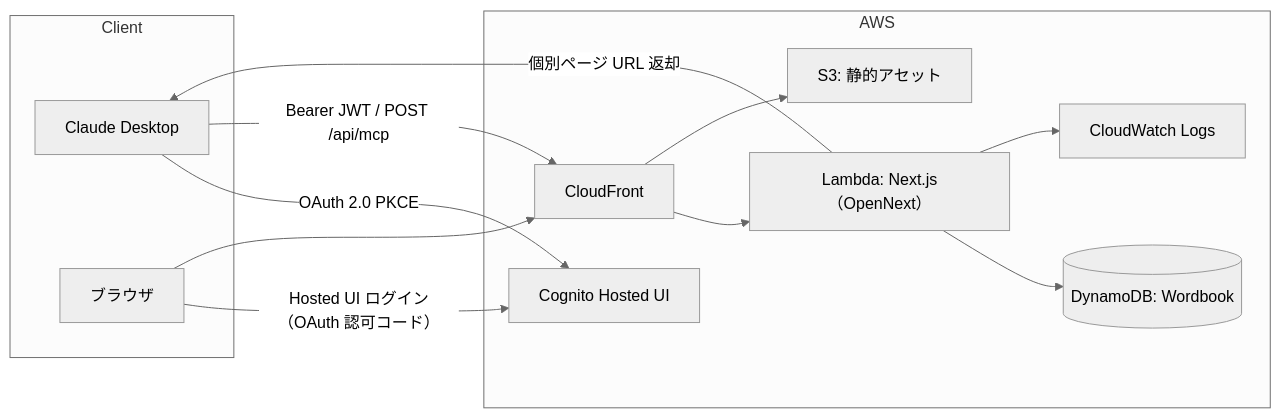
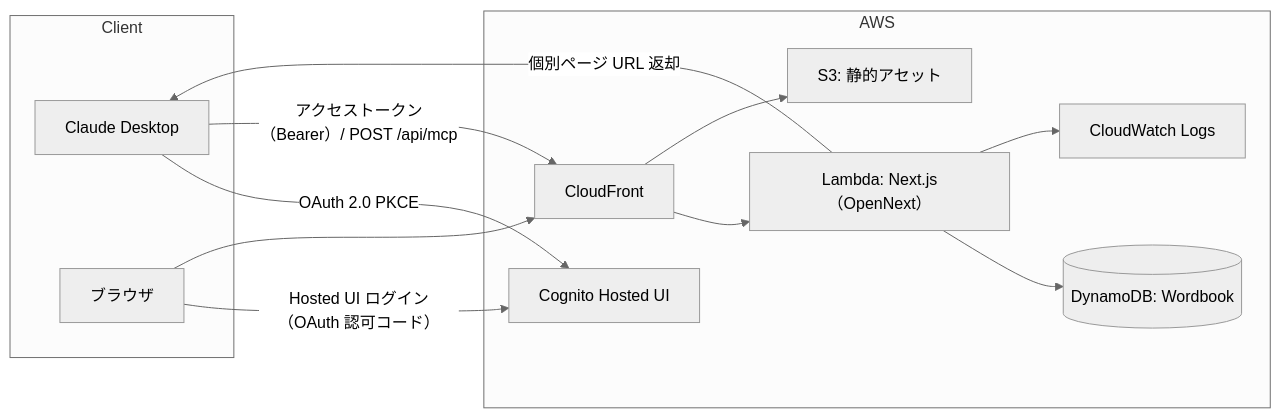
The first of 5 diagrams in docs/spec/002_functional-design.md (ANTON072/AI-Wordbook), drawn with Mermaid (neutral theme) before and after one commit. The commit also changed other lines of this file and 5 other files, not shown here.

Commit message:
feat: Update documentation for product requirements, functional design, architecture, repository structure, development guidelines, and glossary to enhance clarity and consistency

````diff
--- a/docs/spec/002_functional-design.md
+++ b/docs/spec/002_functional-design.md
@@ -17,22 +17,22 @@
 ```mermaid
 graph LR
   subgraph Client
     CD[Claude Desktop]
     BR[ブラウザ]
   end
   subgraph AWS
     CF[CloudFront]
     NEXT[Lambda: Next.js（OpenNext）]
     S3[S3: 静的アセット]
     COG[Cognito Hosted UI]
     DDB[(DynamoDB: Wordbook)]
     CW[CloudWatch Logs]
   end
   CD -->|OAuth 2.0 PKCE| COG
-  CD -->|Bearer JWT / POST /api/mcp| CF --> NEXT --> DDB
+  CD -->|アクセストークン（Bearer）/ POST /api/mcp| CF --> NEXT --> DDB
   NEXT -->|個別ページ URL 返却| CD
   BR -->|Hosted UI ログイン（OAuth 認可コード）| COG
   BR --> CF
   CF --> S3
   NEXT --> CW
 ```
````
